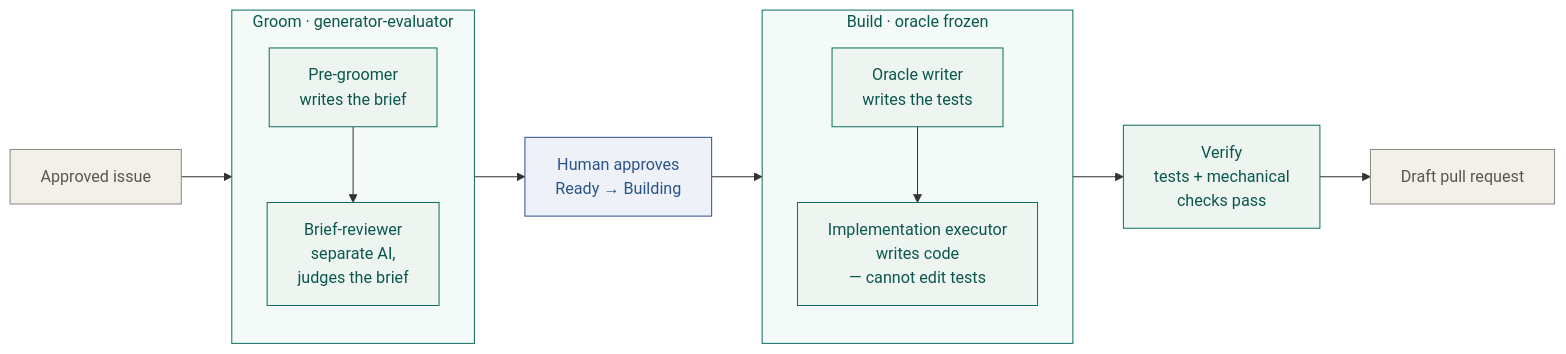
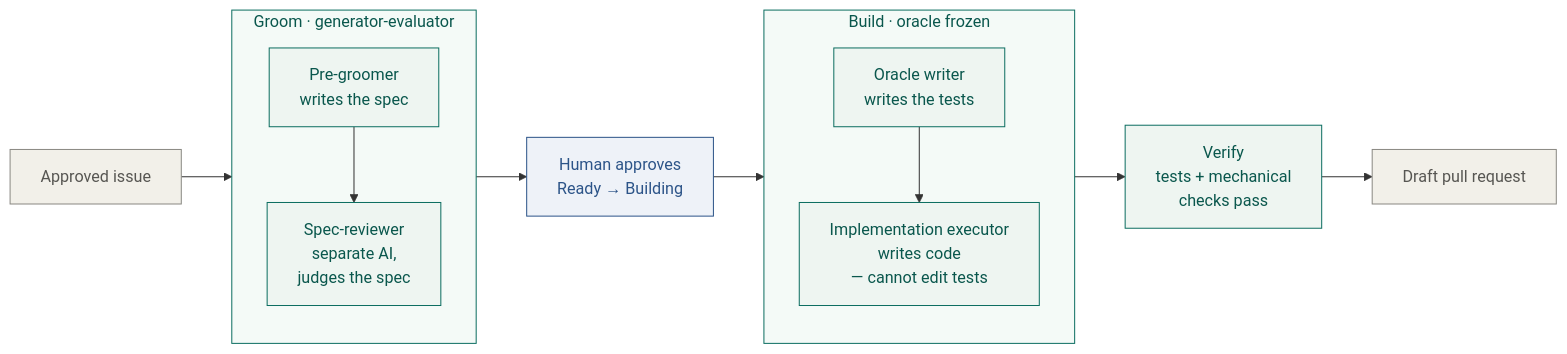
One commit to Calibrax-ai/autoship changed the first of 5 diagrams in docs/architecture/deliver-architecture.md. Above: the diagram before and after it, drawn with Mermaid. The commit also changed other lines of this file and 18 other files, not shown here.

````diff
--- a/docs/architecture/deliver-architecture.md
+++ b/docs/architecture/deliver-architecture.md
@@ -51,40 +51,40 @@
 ```mermaid
 flowchart LR
     Issue["Approved issue"]
 
     subgraph GROOM ["Groom · generator-evaluator"]
       direction TB
-      PG["Pre-groomer<br/>writes the brief"]
-      BR["Brief-reviewer<br/>separate AI,<br/>judges the brief"]
+      PG["Pre-groomer<br/>writes the spec"]
+      BR["Spec-reviewer<br/>separate AI,<br/>judges the spec"]
       PG --> BR
     end
 
     HA["Human approves<br/>Ready → Building"]
 
     subgraph BUILD ["Build · oracle frozen"]
       direction TB
       S1["Oracle writer<br/>writes the tests"]
       S2["Implementation executor<br/>writes code<br/>— cannot edit tests"]
       S1 --> S2
     end
 
     V["Verify<br/>tests + mechanical<br/>checks pass"]
     PR["Draft pull request"]
 
     Issue --> GROOM
     GROOM --> HA
     HA --> BUILD
     BUILD --> V
     V --> PR
 
     classDef live fill:#eef5f1,stroke:#0d6e61,color:#0a574d
     classDef human fill:#eef2f8,stroke:#2c5488,color:#2c5488
     classDef ext fill:#f2f0e9,stroke:#8a8983,color:#575652
 
     class PG,BR,S1,S2,V live
     class HA human
     class Issue,PR ext
 
     style GROOM fill:#f4faf7,stroke:#0d6e61,stroke-width:1px,color:#0a574d
     style BUILD fill:#f4faf7,stroke:#0d6e61,stroke-width:1px,color:#0a574d
 ```
````
